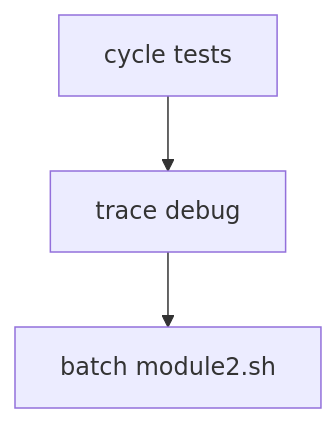
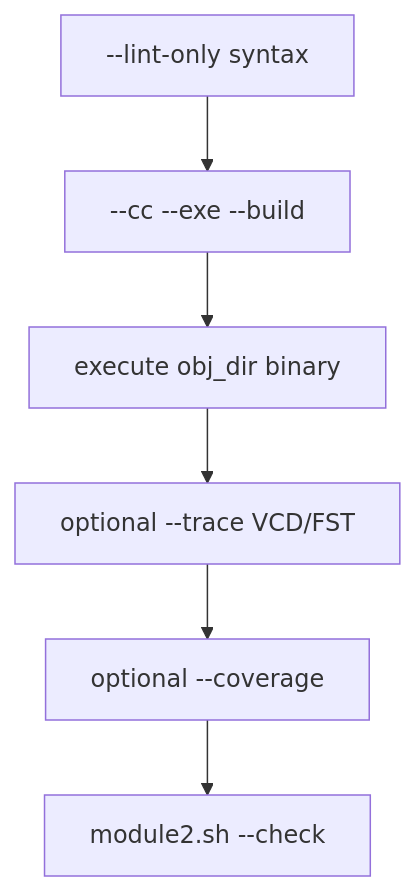
Before and after one commit to universal-verification-methodology/learn_verilator_iverilog: the diagram in media/module2/assets/diagrams/testing_methods.mmd, drawn with Mermaid. The commit also changed 1112 other files, not shown here.

```diff
--- a/media/module2/assets/diagrams/testing_methods.mmd
+++ b/media/module2/assets/diagrams/testing_methods.mmd
@@ -1,3 +1,6 @@
 flowchart TD
-  A[cycle tests] --> B[trace debug]
-  B --> C[batch module2.sh]
+  LINT[--lint-only syntax] --> BUILD[--cc --exe --build]
+  BUILD --> RUN[execute obj_dir binary]
+  RUN --> TRACE[optional --trace VCD/FST]
+  TRACE --> COV[optional --coverage]
+  COV --> REG[module2.sh --check]
```
